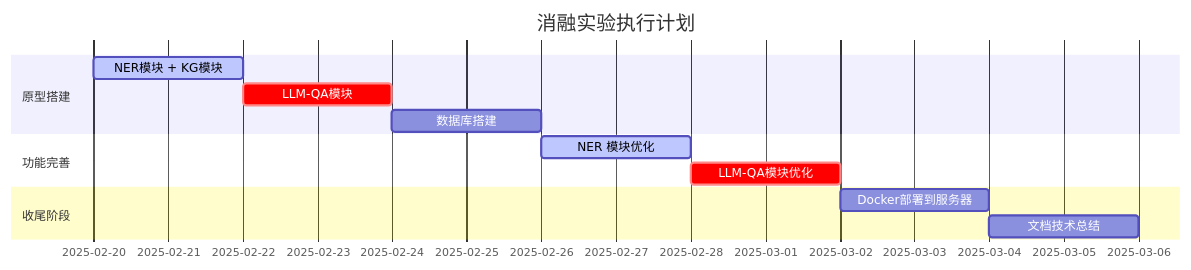
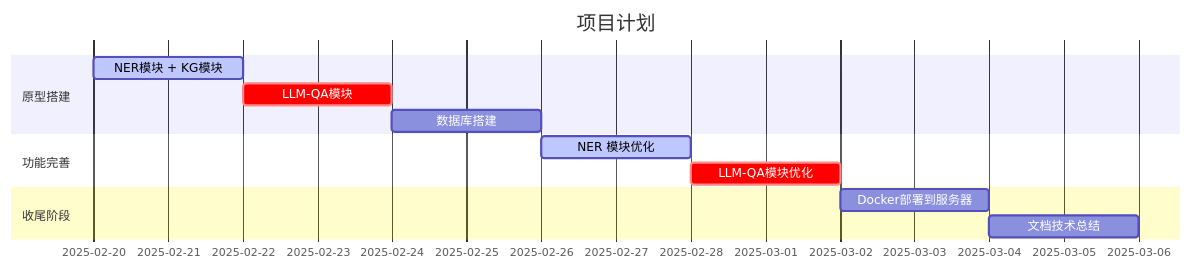
Before and after one commit to wxndong/Cs4aCNER: the first of 2 diagrams in README.md, drawn with Mermaid. The commit also changed other lines of this file, not shown here.

Commit message:
version 2.0 prepare for next moudle -> LLM

````diff
--- a/README.md
+++ b/README.md
@@ -3,15 +3,15 @@
 ```mermaid
 gantt
-    title 消融实验执行计划
+    title 项目计划
     dateFormat  YYYY-MM-DD
     section 原型搭建
     NER模块 + KG模块       :active, des1, 2025-02-20, 2d
     LLM-QA模块              :crit, des2, after des1, 2d
     数据库搭建              :des7, after des2, 2d
     section 功能完善
     NER 模块优化             :active, des3, after des7, 2d
     LLM-QA模块优化          :crit, des4, after des3, 2d
     section 收尾阶段
     Docker部署到服务器       :des5, after des4, 2d
     文档技术总结             :des6, after des5, 2d
 ```
````
